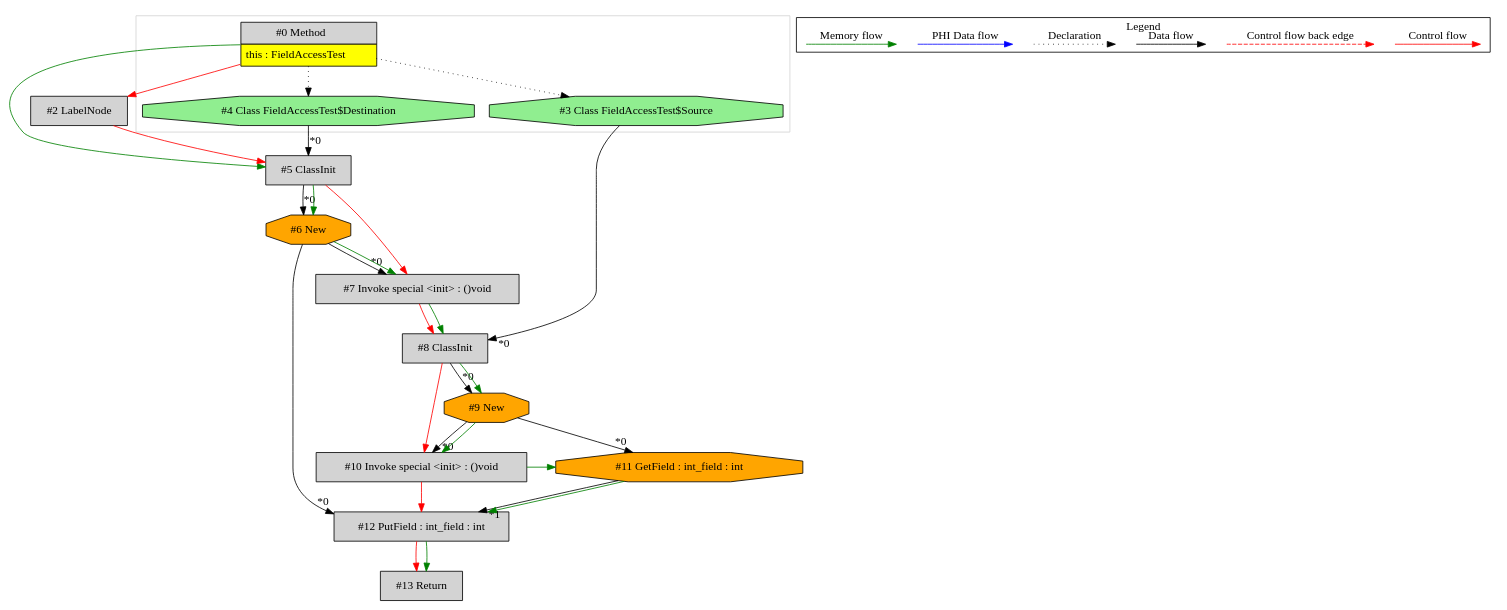
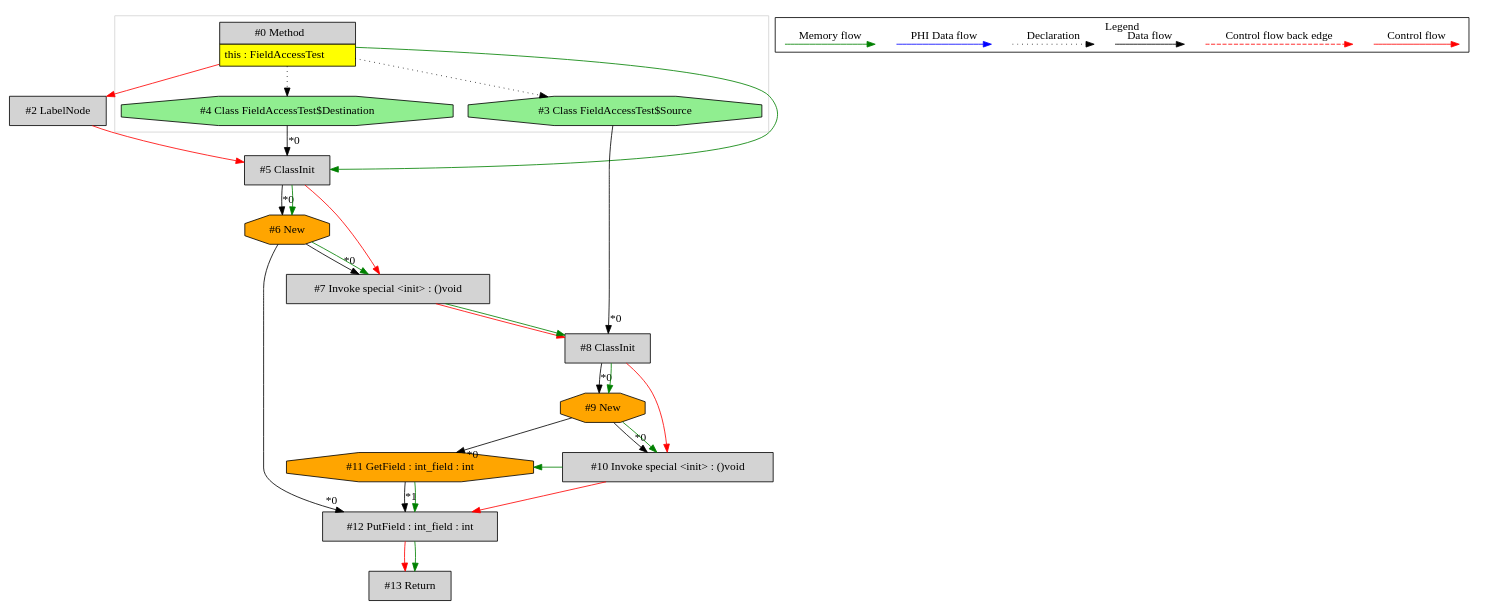
Before and after one commit to mirkosertic/MetaIR: the diagram in de.mirkosertic.metair.ir.examples.FieldAccessTest/copy_int/ir.dot, drawn with Graphviz. The commit also changed other lines of this file and 1418 other files, not shown here.

```diff
--- a/de.mirkosertic.metair.ir.examples.FieldAccessTest/copy_int/ir.dot
+++ b/de.mirkosertic.metair.ir.examples.FieldAccessTest/copy_int/ir.dot
@@ -1,75 +1,75 @@
 digraph {
  ordering="in";
  node0[margin="0", label=<<table border="0" cellborder="1" cellspacing="0" cellpadding="5"><tr><td colspan="1">#0 Method</td></tr><tr><td port="prj1" bgcolor="yellow">this : FieldAccessTest</td></tr></table>>,shape=none, fillcolor=lightgrey, style=filled];
- node4[label="#4 Class FieldAccessTest$Destination",shape=octagon, fillcolor=lightgreen, style=filled];
- node0 -> node4[style=dotted];
+ node2[label="#2 LabelNode",shape=box, fillcolor=lightgrey, style=filled];
+ node0 -> node2[labeldistance=2, color=red, fontcolor=red];
  node5[label="#5 ClassInit",shape=box, fillcolor=lightgrey, style=filled];
  node4 -> node5[headlabel="*0", labeldistance=2];
  node2 -> node5[labeldistance=2, color=red, fontcolor=red];
  node0 -> node5[labeldistance=2, color=green, constraint=false];
- node2[label="#2 LabelNode",shape=box, fillcolor=lightgrey, style=filled];
- node0 -> node2[labeldistance=2, color=red, fontcolor=red];
+ node4[label="#4 Class FieldAccessTest$Destination",shape=octagon, fillcolor=lightgreen, style=filled];
+ node0 -> node4[style=dotted];
+ node7[label="#7 Invoke special <init> : ()void",shape=box, fillcolor=lightgrey, style=filled];
+ node6 -> node7[headlabel="*0", labeldistance=2];
+ node5 -> node7[labeldistance=2, color=red, fontcolor=red];
+ node6 -> node7[labeldistance=2, color=green, constraint=false];
  node6[label="#6 New",shape=octagon, fillcolor=orange, style=filled];
  node5 -> node6[headlabel="*0", labeldistance=2];
  node5 -> node6[labeldistance=2, color=green, constraint=false];
  node12[label="#12 PutField : int_field : int",shape=box, fillcolor=lightgrey, style=filled];
  node6 -> node12[headlabel="*0", labeldistance=2];
  node11 -> node12[headlabel="*1", labeldistance=2];
  node11 -> node12[labeldistance=2, color=green, constraint=false];
  node10 -> node12[labeldistance=2, color=red, fontcolor=red];
  node10[label="#10 Invoke special <init> : ()void",shape=box, fillcolor=lightgrey, style=filled];
  node9 -> node10[headlabel="*0", labeldistance=2];
  node8 -> node10[labeldistance=2, color=red, fontcolor=red];
  node9 -> node10[labeldistance=2, color=green, constraint=false];
  node9[label="#9 New",shape=octagon, fillcolor=orange, style=filled];
  node8 -> node9[headlabel="*0", labeldistance=2];
  node8 -> node9[labeldistance=2, color=green, constraint=false];
  node8[label="#8 ClassInit",shape=box, fillcolor=lightgrey, style=filled];
  node3 -> node8[headlabel="*0", labeldistance=2];
  node7 -> node8[labeldistance=2, color=red, fontcolor=red];
  node7 -> node8[labeldistance=2, color=green, constraint=false];
- node7[label="#7 Invoke special <init> : ()void",shape=box, fillcolor=lightgrey, style=filled];
- node6 -> node7[headlabel="*0", labeldistance=2];
- node5 -> node7[labeldistance=2, color=red, fontcolor=red];
- node6 -> node7[labeldistance=2, color=green, constraint=false];
  node3[label="#3 Class FieldAccessTest$Source",shape=octagon, fillcolor=lightgreen, style=filled];
  node0 -> node3[style=dotted];
  node11[label="#11 GetField : int_field : int",shape=octagon, fillcolor=orange, style=filled];
  node9 -> node11[headlabel="*0", labeldistance=2];
  node10 -> node11[labeldistance=2, color=green, constraint=false];
  node13[label="#13 Return",shape=box, fillcolor=lightgrey, style=filled];
  node12 -> node13[labeldistance=2, color=red, fontcolor=red];
  node12 -> node13[labeldistance=2, color=green, constraint=false];
  subgraph cluster_0 {
   color=lightgray;
   node0;
   node3;
   node4;
  }
  subgraph cluster_000 {
   label = "Legend";
   node [shape=point]
   {
    rank=same;
    c0 [style = invis];
    c1 [style = invis];
    c2 [style = invis];
    c3 [style = invis];
    d0 [style = invis];
    d1 [style = invis];
    d2 [style = invis];
    d3 [style = invis];
    d4 [style = invis];
    d5 [style = invis];
    d6 [style = invis];
    d7 [style = invis];
   }
   c0 -> c1 [label="Control flow", style=solid, color=red]
   c2 -> c3 [label="Control flow back edge", style=dashed, color=red]
   d0 -> d1 [label="Data flow"]
   d2 -> d3 [label="Declaration", style=dotted]
   d4 -> d5 [label="PHI Data flow", color=blue]
   d6 -> d7 [label="Memory flow", color=green]
  }
 
 }
```
